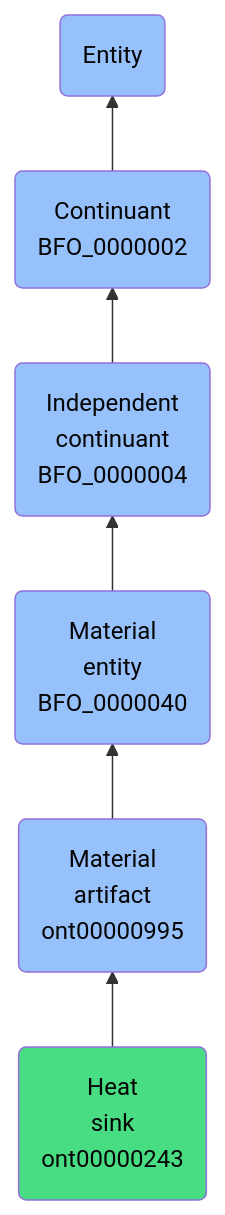
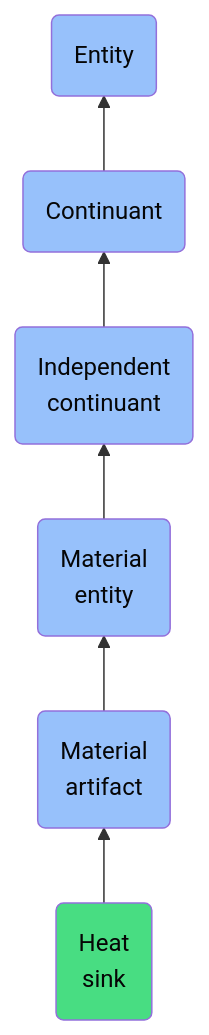
One commit to jupyter-naas/abi changed the diagram in docs/ontology/reference/model/Entity/Continuant/Independent continuant/Material entity/Material artifact/Heat sink/Heat sink.md. Above: the diagram before and after it, drawn with Mermaid. The commit also changed other lines of this file and 1430 other files, not shown here.

````diff
--- a/docs/ontology/reference/model/Entity/Continuant/Independent continuant/Material entity/Material artifact/Heat sink/Heat sink.md
+++ b/docs/ontology/reference/model/Entity/Continuant/Independent continuant/Material entity/Material artifact/Heat sink/Heat sink.md
@@ -24,13 +24,13 @@
 ```mermaid
 graph BT
-    ont00000243(Heat<br>sink<br>ont00000243):::ABI-->ont00000995
-    ont00000995(Material<br>artifact<br>ont00000995):::BFO-->BFO_0000040
-    BFO_0000040(Material<br>entity<br>BFO_0000040):::BFO-->BFO_0000004
-    BFO_0000004(Independent<br>continuant<br>BFO_0000004):::BFO-->BFO_0000002
-    BFO_0000002(Continuant<br>BFO_0000002):::BFO-->BFO_0000001
+    ont00000243(Heat<br>sink):::ABI-->ont00000995
+    ont00000995(Material<br>artifact):::BFO-->BFO_0000040
+    BFO_0000040(Material<br>entity):::BFO-->BFO_0000004
+    BFO_0000004(Independent<br>continuant):::BFO-->BFO_0000002
+    BFO_0000002(Continuant):::BFO-->BFO_0000001
     BFO_0000001(Entity):::BFO
     
     classDef BFO fill:#97c1fb,color:#060606
     classDef CCO fill:#e4c51e,color:#060606
     classDef ABI fill:#48DD82,color:#060606
 ```
````
